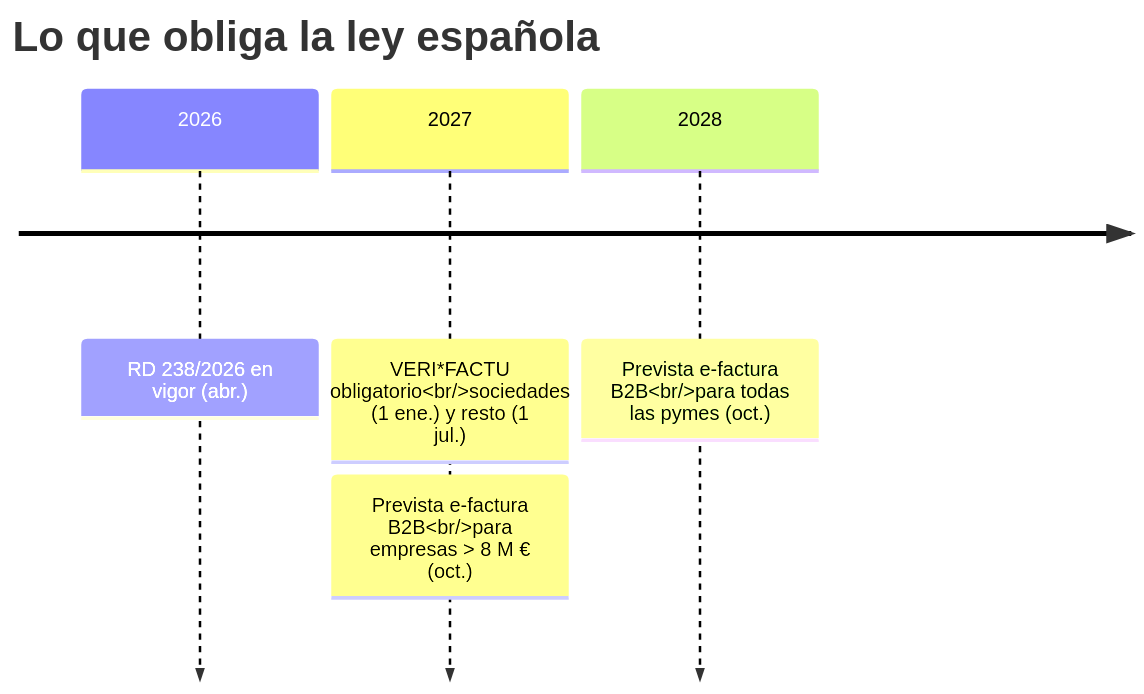
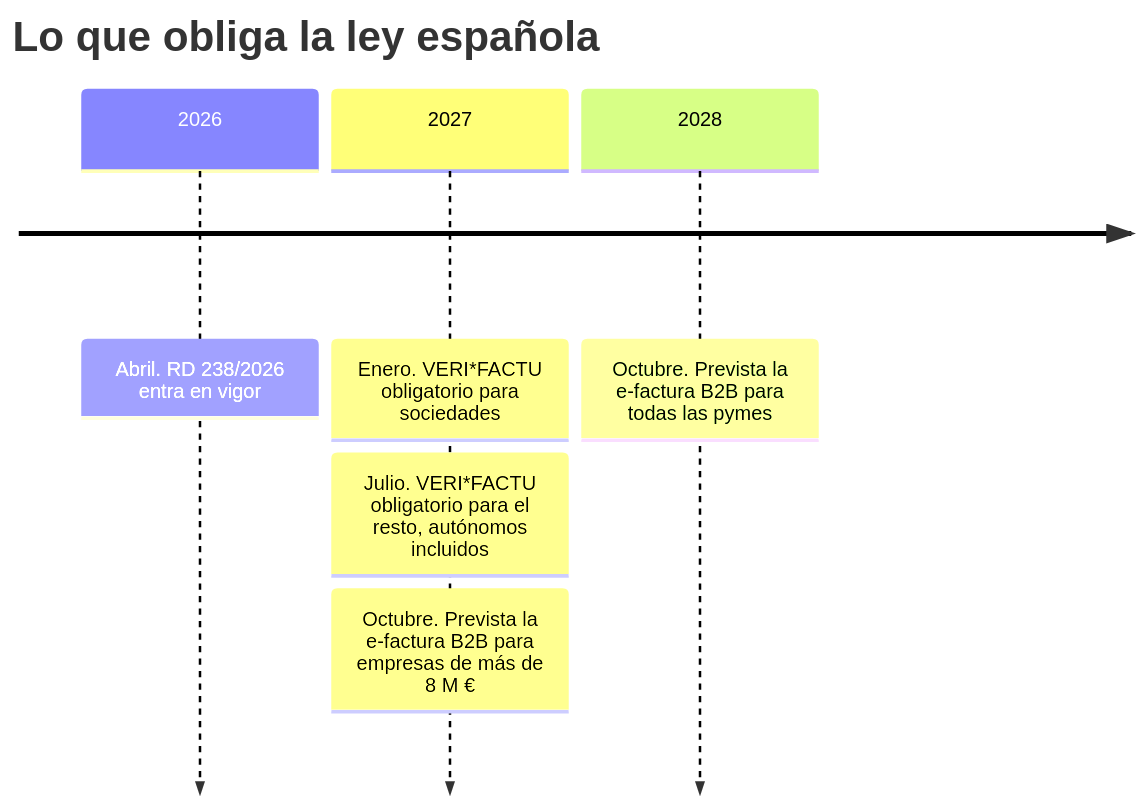
Before and after one commit to Vegm92/mise-en-place-sk: the second of 3 diagrams in docs/onboarding/04_mercado_y_clientes.md, drawn with Mermaid. The commit also changed other lines of this file, not shown here.

First line of the commit message:
docs(onboarding): use widely-supported mermaid syntax in chapter 4

````diff
--- a/docs/onboarding/04_mercado_y_clientes.md
+++ b/docs/onboarding/04_mercado_y_clientes.md
@@ -57,8 +57,9 @@
 ```mermaid
 timeline
     title Lo que obliga la ley española
-    2026 : RD 238/2026 en vigor (abr.)
-    2027 : VERI*FACTU obligatorio<br/>sociedades (1 ene.) y resto (1 jul.)
-         : Prevista e-factura B2B<br/>para empresas > 8 M € (oct.)
-    2028 : Prevista e-factura B2B<br/>para todas las pymes (oct.)
+    2026 : Abril. RD 238/2026 entra en vigor
+    2027 : Enero. VERI*FACTU obligatorio para sociedades
+         : Julio. VERI*FACTU obligatorio para el resto, autónomos incluidos
+         : Octubre. Prevista la e-factura B2B para empresas de más de 8 M €
+    2028 : Octubre. Prevista la e-factura B2B para todas las pymes
 ```
````
